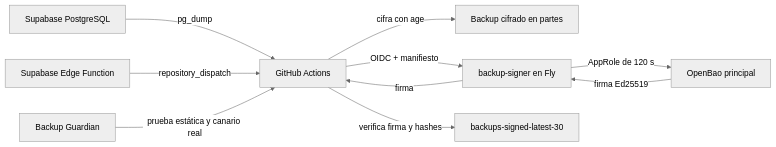
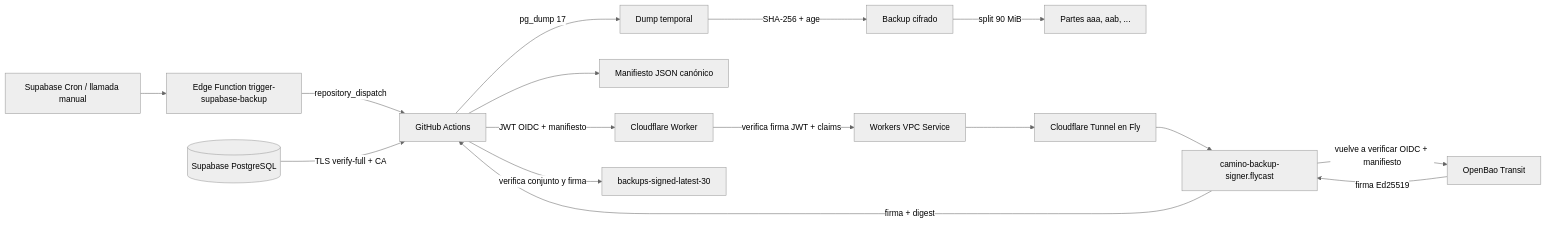
Before and after one commit to StJames-way/DB-backup: the diagram in DB-backup-documentacion-desde-cero/docs/diagrams/architecture.md, drawn with Mermaid (neutral theme). The commit also changed other lines of this file and 61 other files, not shown here.

First line of the commit message:
docs: document private Cloudflare backup architecture (#15)

````diff
--- a/DB-backup-documentacion-desde-cero/docs/diagrams/architecture.md
+++ b/DB-backup-documentacion-desde-cero/docs/diagrams/architecture.md
@@ -15,12 +18,18 @@
 ```mermaid
 flowchart LR
-    A[Supabase PostgreSQL] -->|pg_dump| B[GitHub Actions]
-    E[Supabase Edge Function] -->|repository_dispatch| B
-    B -->|cifra con age| C[Backup cifrado en partes]
-    B -->|OIDC + manifiesto| D[backup-signer en Fly]
-    D -->|AppRole de 120 s| F[OpenBao principal]
-    F -->|firma Ed25519| D
-    D -->|firma| B
-    B -->|verifica firma y hashes| G[backups-signed-latest-30]
-    H[Backup Guardian] -->|prueba estática y canario real| B
+    C[Supabase Cron / llamada manual] --> E[Edge Function trigger-supabase-backup]
+    E -->|repository_dispatch| G[GitHub Actions]
+    S[(Supabase PostgreSQL)] -->|TLS verify-full + CA| G
+    G -->|pg_dump 17| D[Dump temporal]
+    D -->|SHA-256 + age| A[Backup cifrado]
+    A -->|split 90 MiB| P[Partes aaa, aab, ...]
+    G --> M[Manifiesto JSON canónico]
+    G -->|JWT OIDC + manifiesto| W[Cloudflare Worker]
+    W -->|verifica firma JWT + claims| V[Workers VPC Service]
+    V --> T[Cloudflare Tunnel en Fly]
+    T --> F[camino-backup-signer.flycast]
+    F -->|vuelve a verificar OIDC + manifiesto| O[OpenBao Transit]
+    O -->|firma Ed25519| F
+    F -->|firma + digest| G
+    G -->|verifica conjunto y firma| B[backups-signed-latest-30]
 ```
````
